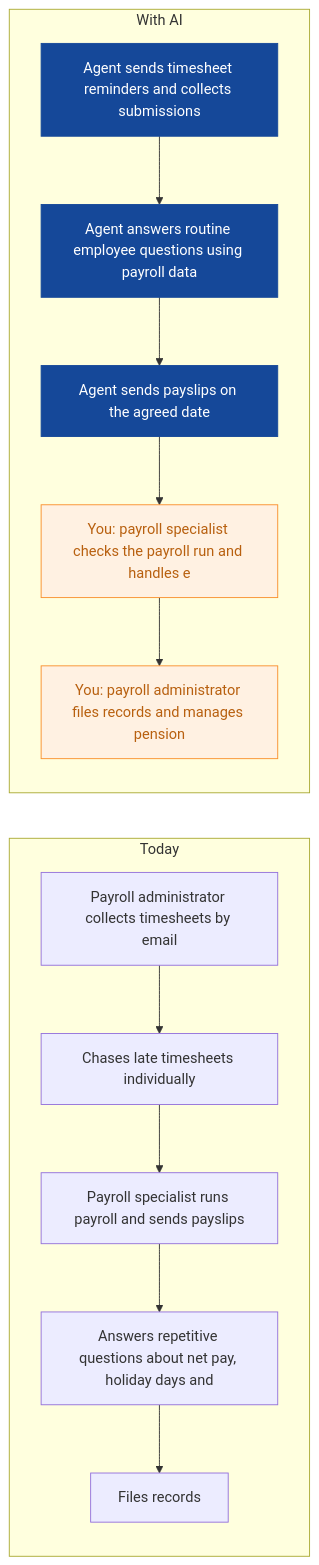
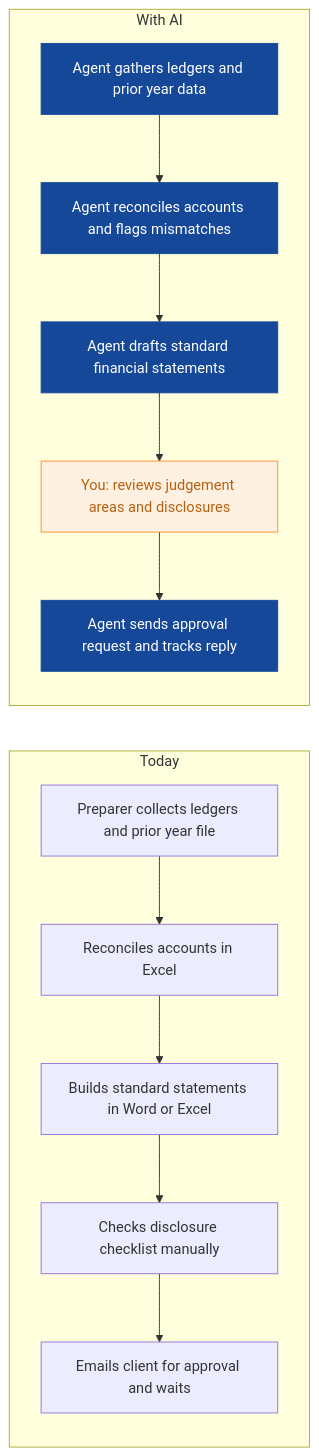
One commit to nexibeo/Complete-AI-Strategy changed the sixth of 9 diagrams in strategies/brightwater-accountancy.md. Above: the diagram before and after it, drawn with Mermaid. The commit also changed other lines of this file and 26 other files, not shown here.

````diff
--- a/strategies/brightwater-accountancy.md
+++ b/strategies/brightwater-accountancy.md
@@ -193,23 +198,23 @@
 ```mermaid
 flowchart LR
   subgraph Today
-    B0["Payroll administrator collects timesheets by email"]
-    B1["Chases late timesheets individually"]
-    B2["Payroll specialist runs payroll and sends payslips"]
-    B3["Answers repetitive questions about net pay, holiday days and"]
-    B4["Files records"]
+    B0["Preparer collects ledgers and prior year file"]
+    B1["Reconciles accounts in Excel"]
+    B2["Builds standard statements in Word or Excel"]
+    B3["Checks disclosure checklist manually"]
+    B4["Emails client for approval and waits"]
     B0 --> B1 --> B2 --> B3 --> B4
   end
   subgraph WithAI[With AI]
-    A0["Agent sends timesheet reminders and collects submissions"]
-    A1["Agent answers routine employee questions using payroll data"]
-    A2["Agent sends payslips on the agreed date"]
-    A3["You: payroll specialist checks the payroll run and handles e"]
-    A4["You: payroll administrator files records and manages pension"]
+    A0["Agent gathers ledgers and prior year data"]
+    A1["Agent reconciles accounts and flags mismatches"]
+    A2["Agent drafts standard financial statements"]
+    A3["You: reviews judgement areas and disclosures"]
+    A4["Agent sends approval request and tracks reply"]
     A0 --> A1 --> A2 --> A3 --> A4
   end
   classDef ai fill:#154899,color:#fff,stroke:#154899
   classDef human fill:#FFF1E2,color:#B8600F,stroke:#F98F2C
-  class A0,A1,A2 ai
-  class A3,A4 human
+  class A0,A1,A2,A4 ai
+  class A3 human
 ```
````
